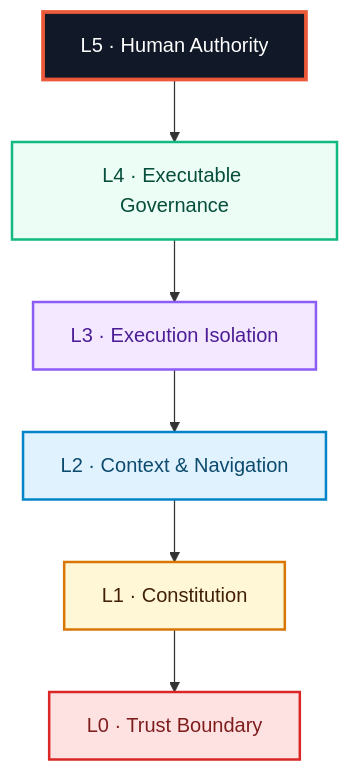
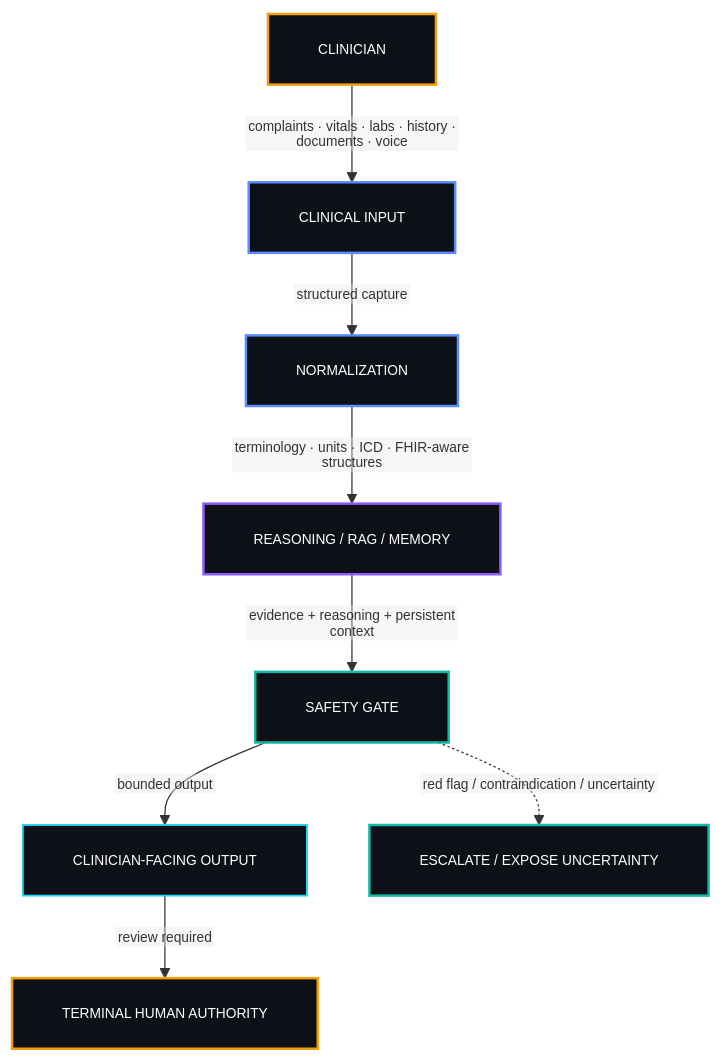
One commit to drferdii/Monorepo-safrs changed the third of 7 diagrams in README.md. Above: the diagram before and after it, drawn with Mermaid. The commit also changed other lines of this file, not shown here.

````diff
--- a/README.md
+++ b/README.md
@@ -237,25 +651,33 @@
 ```mermaid
+%%{init: {"flowchart": {"htmlLabels": false, "padding": 20}, "themeVariables": {"fontFamily": "monospace", "fontSize": "11px"}}}%%
 flowchart TB
-    L5["L5 · Human Authority"]
-    L4["L4 · Executable Governance"]
-    L3["L3 · Execution Isolation"]
-    L2["L2 · Context & Navigation"]
-    L1["L1 · Constitution"]
-    L0["L0 · Trust Boundary"]
+  HUMAN["  CLINICIAN  "]
+  INPUT["  CLINICAL INPUT  "]
+  NORM["  NORMALIZATION  "]
+  REASON["  REASONING / RAG / MEMORY  "]
+  GATE["  SAFETY GATE  "]
+  OUTPUT["  CLINICIAN-FACING OUTPUT  "]
+  ESC["  ESCALATE / EXPOSE UNCERTAINTY  "]
+  REVIEW["  TERMINAL HUMAN AUTHORITY  "]
 
-    L5 --> L4 --> L3 --> L2 --> L1 --> L0
+  HUMAN -->|complaints · vitals · labs · history · documents · voice| INPUT
+  INPUT -->|structured capture| NORM
+  NORM -->|terminology · units · ICD · FHIR-aware structures| REASON
+  REASON -->|evidence + reasoning + persistent context| GATE
+  GATE -->|bounded output| OUTPUT
+  GATE -. red flag / contraindication / uncertainty .-> ESC
+  OUTPUT -->|review required| REVIEW
 
-    classDef authority fill:#111827,stroke:#EB5939,color:#FFFFFF,stroke-width:3px;
-    classDef governance fill:#ECFDF5,stroke:#10B981,color:#064E3B,stroke-width:2px;
-    classDef execution fill:#F3E8FF,stroke:#8B5CF6,color:#4C1D95,stroke-width:2px;
-    classDef context fill:#E0F2FE,stroke:#0284C7,color:#0C4A6E,stroke-width:2px;
-    classDef constitution fill:#FFF7D6,stroke:#D97706,color:#422006,stroke-width:2px;
-    classDef boundary fill:#FEE2E2,stroke:#DC2626,color:#7F1D1D,stroke-width:2px;
+  classDef authority fill:#0D1117,stroke:#F59E0B,color:#ffffff,stroke-width:2px;
+  classDef agent fill:#0D1117,stroke:#8B5CF6,color:#ffffff,stroke-width:2px;
+  classDef control fill:#0D1117,stroke:#14B8A6,color:#ffffff,stroke-width:2px;
+  classDef core fill:#0D1117,stroke:#5B8CFF,color:#ffffff,stroke-width:2px;
+  classDef shared fill:#0D1117,stroke:#64748B,color:#ffffff,stroke-width:1.5px;
+  classDef surface fill:#0D1117,stroke:#22D3EE,color:#ffffff,stroke-width:1.5px;
 
-    class L5 authority;
-    class L4 governance;
-    class L3 execution;
-    class L2 context;
-    class L1 constitution;
-    class L0 boundary;
+  class HUMAN,REVIEW authority;
+  class REASON agent;
+  class GATE,ESC control;
+  class INPUT,NORM core;
+  class OUTPUT surface;
 ```
````
